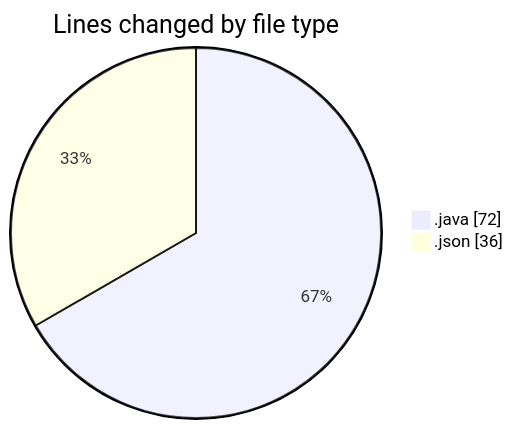
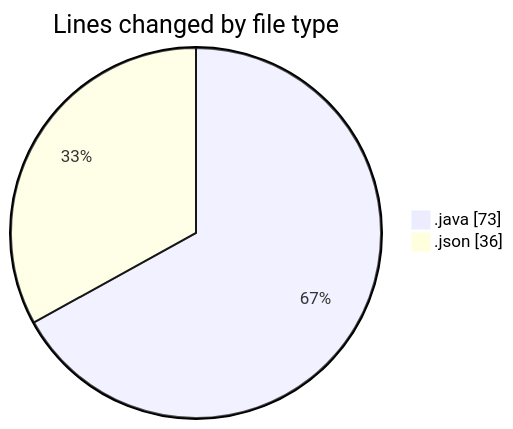
The first of 2 diagrams in 2026-03-06/java_basics/README.md (hasnaa123/code-tracking), drawn with Mermaid before and after one commit. The commit also changed other lines of this file and 1 other file, not shown here.

````diff
--- a/2026-03-06/java_basics/README.md
+++ b/2026-03-06/java_basics/README.md
@@ -23,6 +23,6 @@
 ```mermaid
 pie showData
 title Lines changed by file type
-".java" : 72
+".java" : 73
 ".json" : 36
 ```
````
